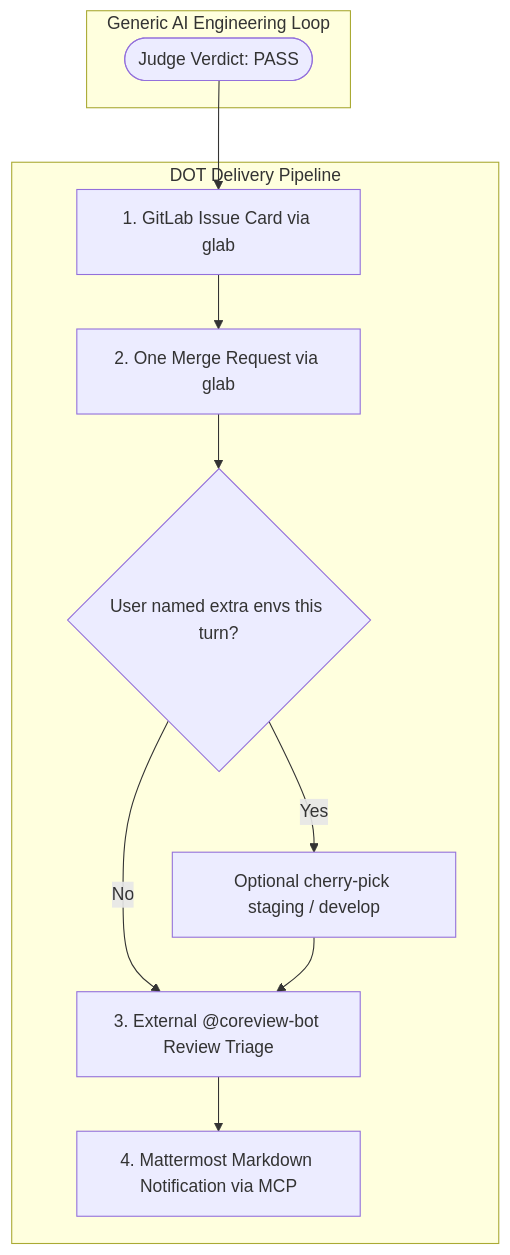
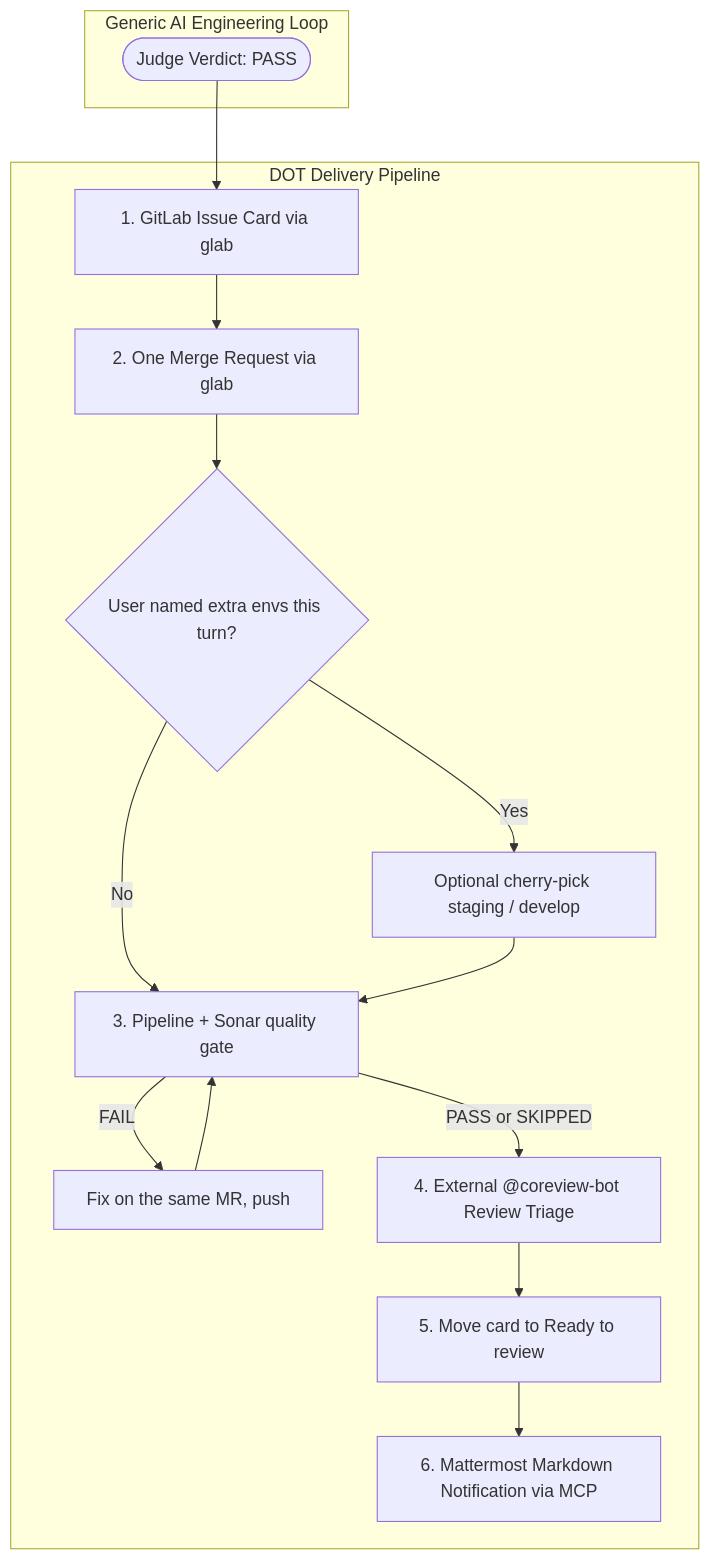
One commit to egagofur/ai-engineering-loop changed the diagram in adapters/dot/README.md. Above: the diagram before and after it, drawn with Mermaid. The commit also changed other lines of this file and 6 other files, not shown here.

Commit message:
feat(adapters/dot): Stage 8 Sonar quality gate and Ready to review card move (#65)

````diff
--- a/adapters/dot/README.md
+++ b/adapters/dot/README.md
@@ -9,16 +9,20 @@
 ```mermaid
 flowchart TD
     subgraph CoreLoop [Generic AI Engineering Loop]
         PASS([Judge Verdict: PASS])
     end
 
     subgraph DOTAdapter [DOT Delivery Pipeline]
         PASS --> Issue[1. GitLab Issue Card via glab]
         Issue --> BaseMR[2. One Merge Request via glab]
         BaseMR --> AskPropagate{User named extra envs this turn?}
-        AskPropagate -->|No| CoreviewTriage[3. External @coreview-bot Review Triage]
+        AskPropagate -->|No| Gate[3. Pipeline + Sonar quality gate]
         AskPropagate -->|Yes| MultiBranch[Optional cherry-pick staging / develop]
-        MultiBranch --> CoreviewTriage
-        CoreviewTriage --> MattermostDispatch[4. Mattermost Markdown Notification via MCP]
+        MultiBranch --> Gate
+        Gate -->|FAIL| Fix[Fix on the same MR, push]
+        Fix --> Gate
+        Gate -->|PASS or SKIPPED| CoreviewTriage[4. External @coreview-bot Review Triage]
+        CoreviewTriage --> Ready[5. Move card to Ready to review]
+        Ready --> MattermostDispatch[6. Mattermost Markdown Notification via MCP]
     end
 ```
````
